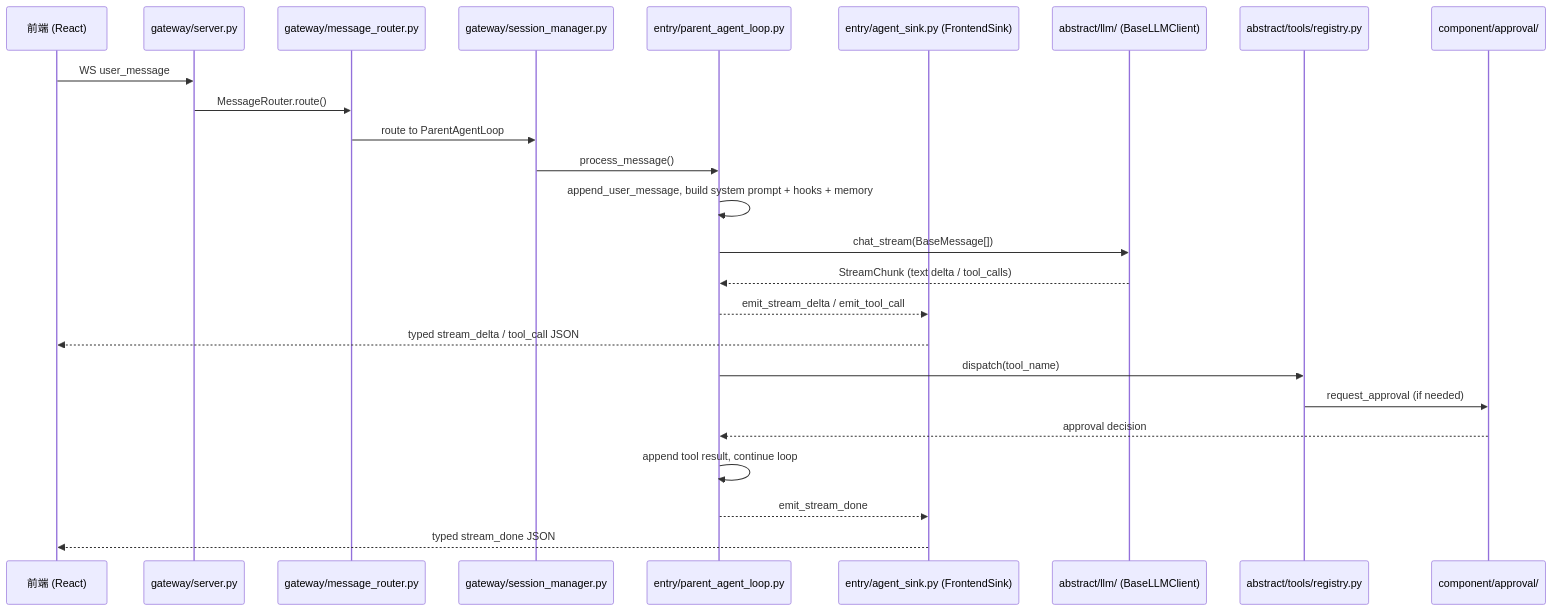
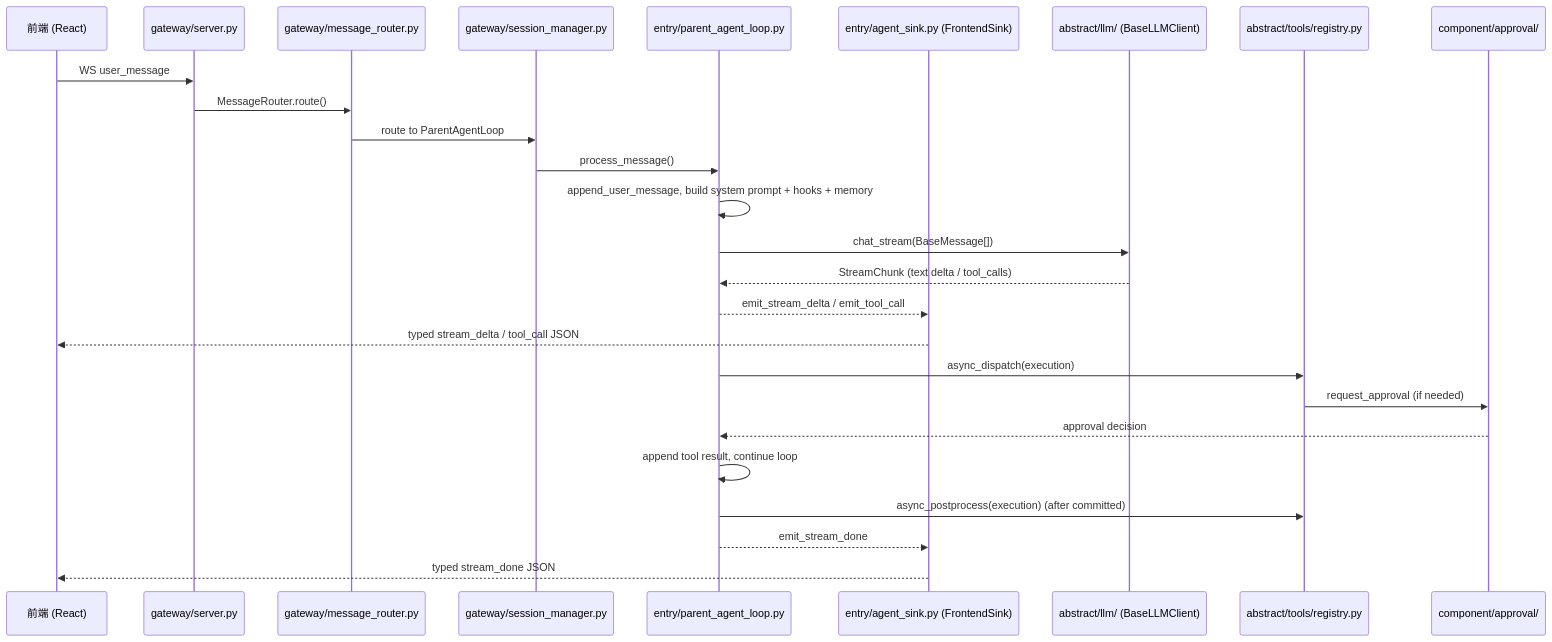
The diagram in DEV-README.md (NINEMINEsigma/evolve-agent), drawn with Mermaid before and after one commit. The commit also changed other lines of this file and 104 other files, not shown here.

````diff
--- a/DEV-README.md
+++ b/DEV-README.md
@@ -107,28 +109,29 @@
 ```mermaid
 sequenceDiagram
     participant FE as 前端 (React)
     participant GW as gateway/server.py
     participant MR as gateway/message_router.py
     participant SM as gateway/session_manager.py
     participant PAL as entry/parent_agent_loop.py
     participant FS as entry/agent_sink.py (FrontendSink)
     participant LLM as abstract/llm/ (BaseLLMClient)
     participant TR as abstract/tools/registry.py
     participant APP as component/approval/
 
     FE->>GW: WS user_message
     GW->>MR: MessageRouter.route()
     MR->>SM: route to ParentAgentLoop
     SM->>PAL: process_message()
     PAL->>PAL: append_user_message, build system prompt + hooks + memory
     PAL->>LLM: chat_stream(BaseMessage[])
     LLM-->>PAL: StreamChunk (text delta / tool_calls)
     PAL-->>FS: emit_stream_delta / emit_tool_call
     FS-->>FE: typed stream_delta / tool_call JSON
-    PAL->>TR: dispatch(tool_name)
+    PAL->>TR: async_dispatch(execution)
     TR->>APP: request_approval (if needed)
     APP-->>PAL: approval decision
     PAL->>PAL: append tool result, continue loop
+    PAL->>TR: async_postprocess(execution) (after committed)
     PAL-->>FS: emit_stream_done
     FS-->>FE: typed stream_done JSON
 ```
````
